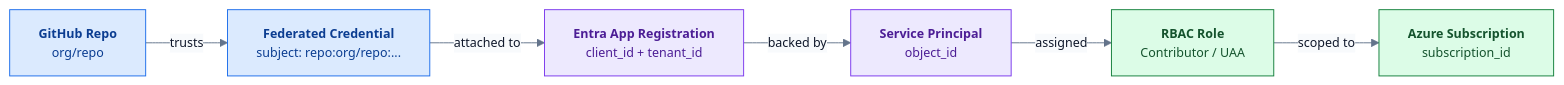
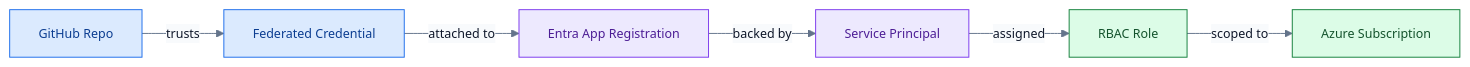
One commit to Azure/git-ape changed the third of 3 diagrams in website/docs/getting-started/onboarding.md. Above: the diagram before and after it, drawn with Mermaid. The commit also changed other lines of this file and 48 other files, not shown here.

First line of the commit message:
docs(website): manifesto-aligned rewrite, deploy-anything, mermaid zoom + colors

````diff
--- a/website/docs/getting-started/onboarding.md
+++ b/website/docs/getting-started/onboarding.md
@@ -47,24 +78,17 @@
 ```mermaid
 %%{init: {'theme':'base','themeVariables':{'fontSize':'13px','lineColor':'#64748b','textColor':'#1e293b','primaryTextColor':'#0f172a','edgeLabelBackground':'#f8fafc','tertiaryColor':'#f1f5f9'}}}%%
 graph LR
-    GH["<b>GitHub Repo</b><br/>org/repo"]
-    FC["<b>Federated Credential</b><br/>subject: repo:org/repo:..."]
-    APP["<b>Entra App Registration</b><br/>client_id + tenant_id"]
-    SP["<b>Service Principal</b><br/>object_id"]
-    SUB["<b>Azure Subscription</b><br/>subscription_id"]
-    ROLE["<b>RBAC Role</b><br/>Contributor / UAA"]
-
-    GH -->|trusts| FC
-    FC -->|attached to| APP
-    APP -->|backed by| SP
-    SP -->|assigned| ROLE
-    ROLE -->|scoped to| SUB
+    GH["GitHub Repo"] -->|trusts| FC["Federated Credential"]
+    FC -->|attached to| APP["Entra App Registration"]
+    APP -->|backed by| SP["Service Principal"]
+    SP -->|assigned| ROLE["RBAC Role"]
+    ROLE -->|scoped to| SUB["Azure Subscription"]
 
     classDef gh fill:#dbeafe,stroke:#1f6feb,stroke-width:1px,color:#0b3d91
     classDef entra fill:#ede9fe,stroke:#7c3aed,stroke-width:1px,color:#4c1d95
     classDef azure fill:#dcfce7,stroke:#15803d,stroke-width:1px,color:#14532d
 
     class GH,FC gh
     class APP,SP entra
     class SUB,ROLE azure
 ```
````
